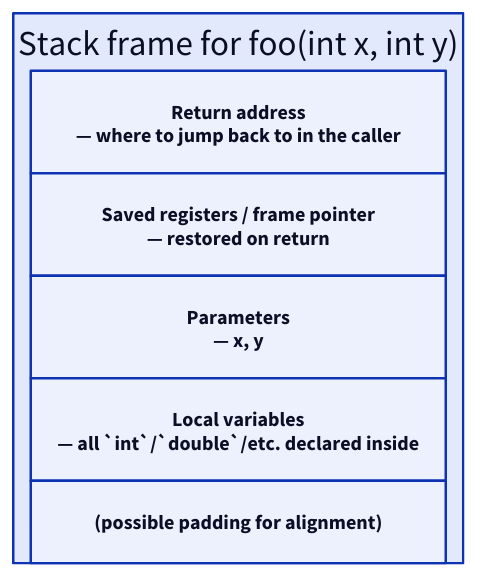
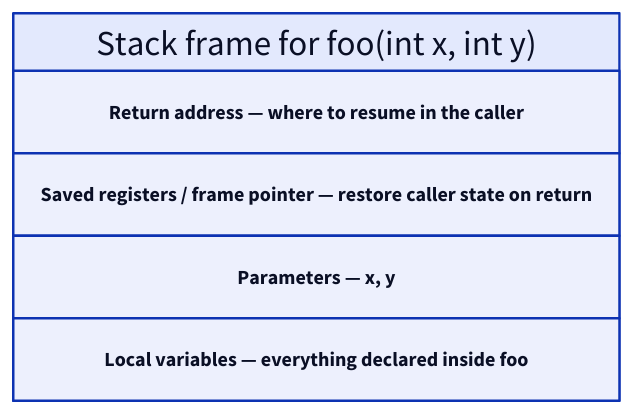
The first of 2 diagrams in content/cortex/data-structures-and-algorithms/05-algorithms-by-strategy/01-recursion/02-nested-functions.md (ani2fun/codefolio), drawn with D2 before and after one commit. The commit also changed other lines of this file and 1049 other files, not shown here.

````diff
--- a/content/cortex/data-structures-and-algorithms/05-algorithms-by-strategy/01-recursion/02-nested-functions.md
+++ b/content/cortex/data-structures-and-algorithms/05-algorithms-by-strategy/01-recursion/02-nested-functions.md
@@ -77,12 +41,11 @@
 ```d2
 frame: "Stack frame for foo(int x, int y)" {
-  grid-rows: 5
+  grid-rows: 4
   grid-columns: 1
   grid-gap: 0
-  ret:    "Return address\n— where to jump back to in the caller"
-  saved:  "Saved registers / frame pointer\n— restored on return"
-  params: "Parameters\n— x, y"
-  locals: "Local variables\n— all `int`/`double`/etc. declared inside"
-  pad:    "(possible padding for alignment)"
+  ret:    "Return address — where to resume in the caller"
+  saved:  "Saved registers / frame pointer — restore caller state on return"
+  params: "Parameters — x, y"
+  locals: "Local variables — everything declared inside foo"
 }
 ```
````
